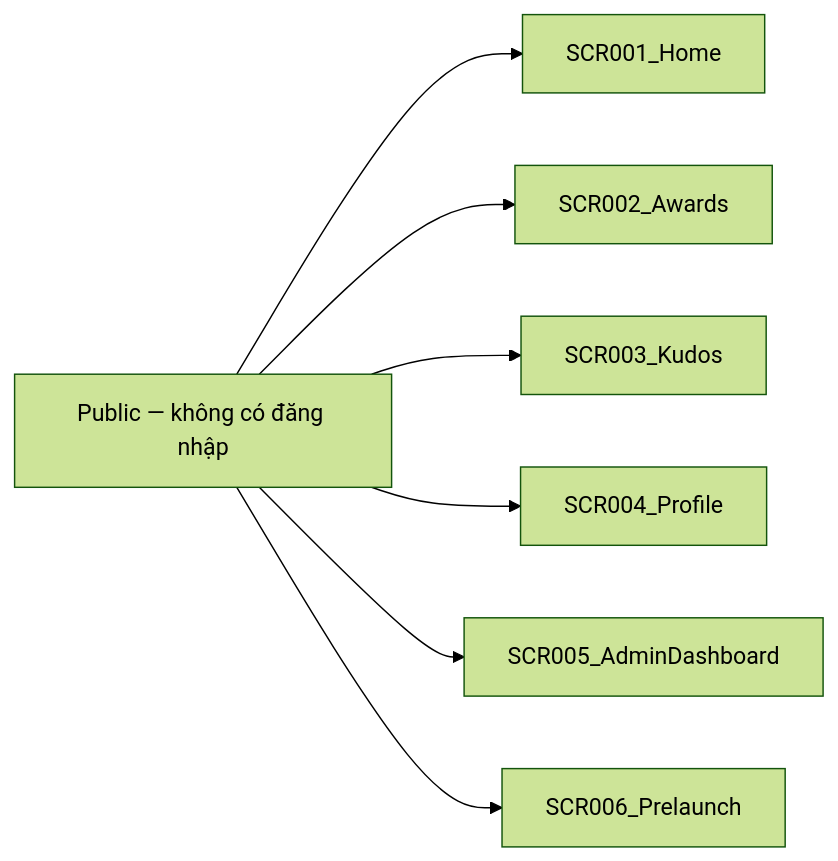
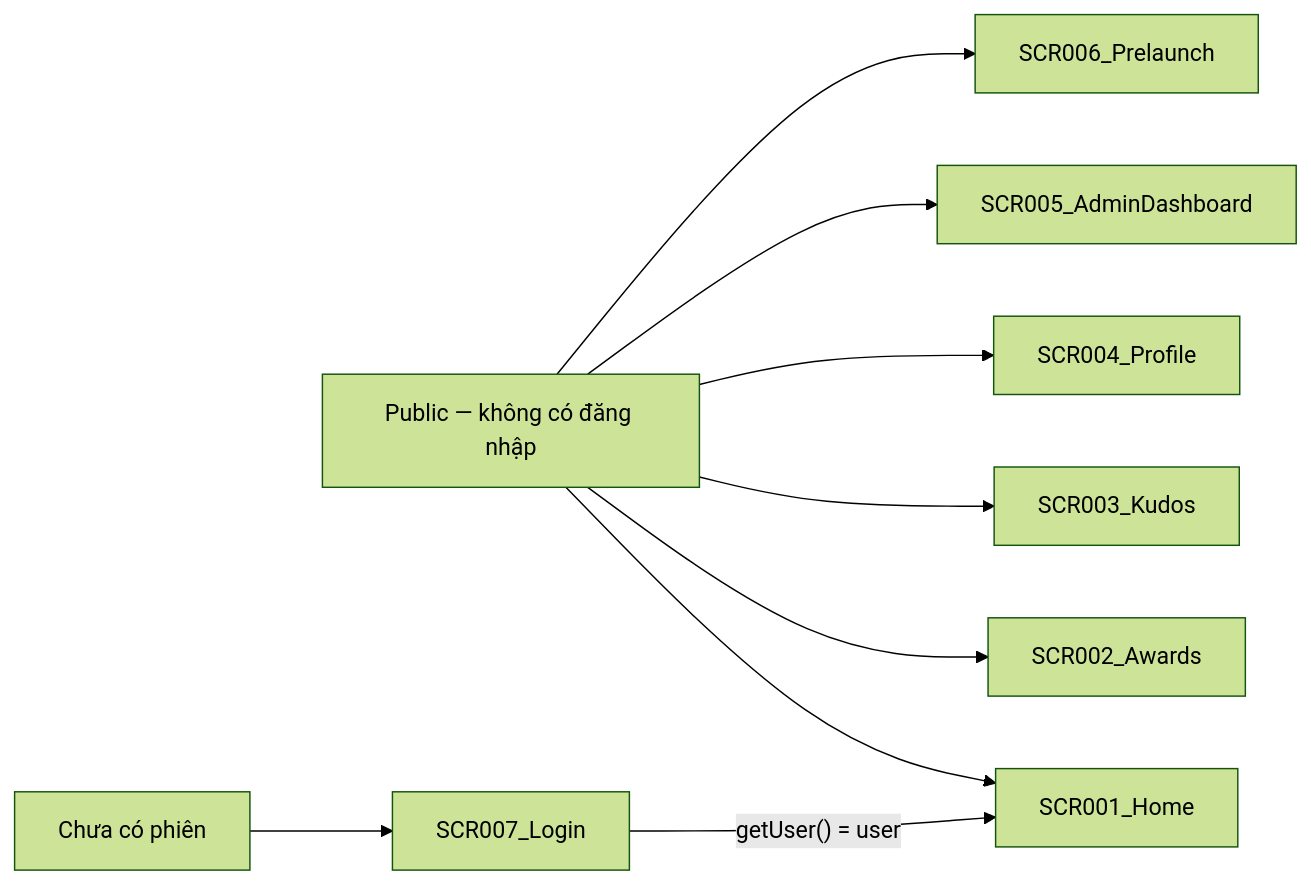
One commit to haitt-2557/agentic-coding-hands-on changed the second of 2 diagrams in docs/vi/generated/screen-flow.md. Above: the diagram before and after it, drawn with Mermaid (forest theme). The commit also changed other lines of this file and 79 other files, not shown here.

````diff
--- a/docs/vi/generated/screen-flow.md
+++ b/docs/vi/generated/screen-flow.md
@@ -163,9 +195,11 @@
 ```mermaid
 graph LR
     A["Public — không có đăng nhập"] --> B["SCR001_Home"]
     A --> C["SCR002_Awards"]
     A --> D["SCR003_Kudos"]
     A --> E["SCR004_Profile"]
     A --> F["SCR005_AdminDashboard"]
     A --> G["SCR006_Prelaunch"]
+    H["SCR007_Login"] -->|"getUser() = user"| B
+    I["Chưa có phiên"] --> H
 ```
````
